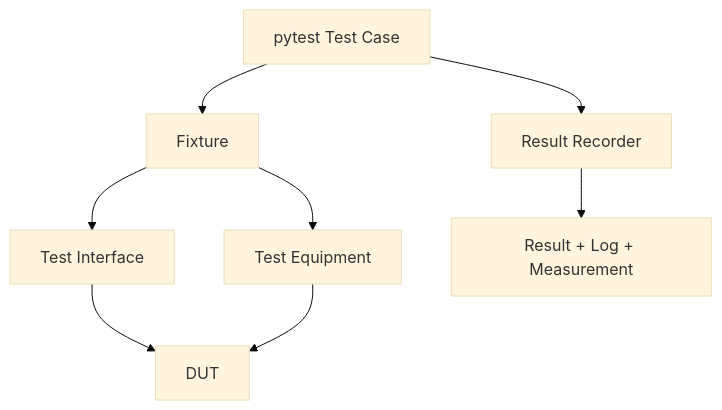
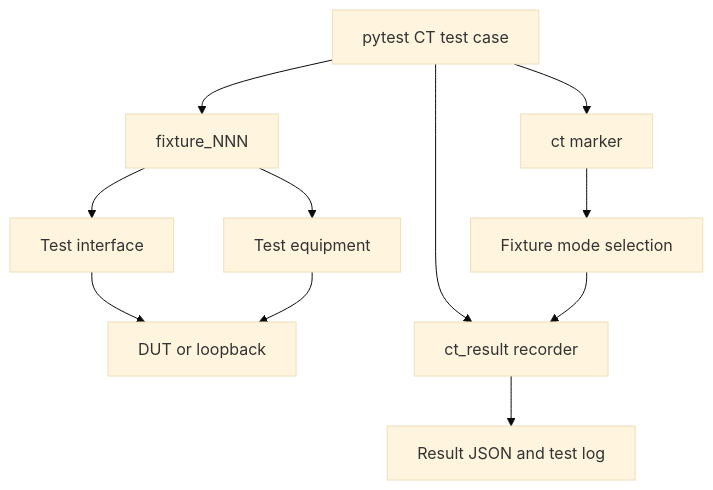
The diagram in docs/pytest.md (JeonghunLee/AI-driven-CI-CT), drawn with Mermaid (base theme) before and after one commit. The commit also changed other lines of this file and 6 other files, not shown here.

````diff
--- a/docs/pytest.md
+++ b/docs/pytest.md
@@ -107,10 +23,13 @@
 ```mermaid
 flowchart TD
-    A[pytest Test Case] --> B[Fixture]
-    B --> C[Test Interface]
-    B --> D[Test Equipment]
-    C --> E[DUT]
-    D --> E
-    A --> F[Result Recorder]
-    F --> G[Result + Log + Measurement]
+    A[pytest CT test case] --> B[ct marker]
+    A --> C[fixture_NNN]
+    B --> D[Fixture mode selection]
+    C --> E[Test interface]
+    C --> F[Test equipment]
+    E --> G[DUT or loopback]
+    F --> G
+    A --> H[ct_result recorder]
+    D --> H
+    H --> I[Result JSON and test log]
 ```
````
